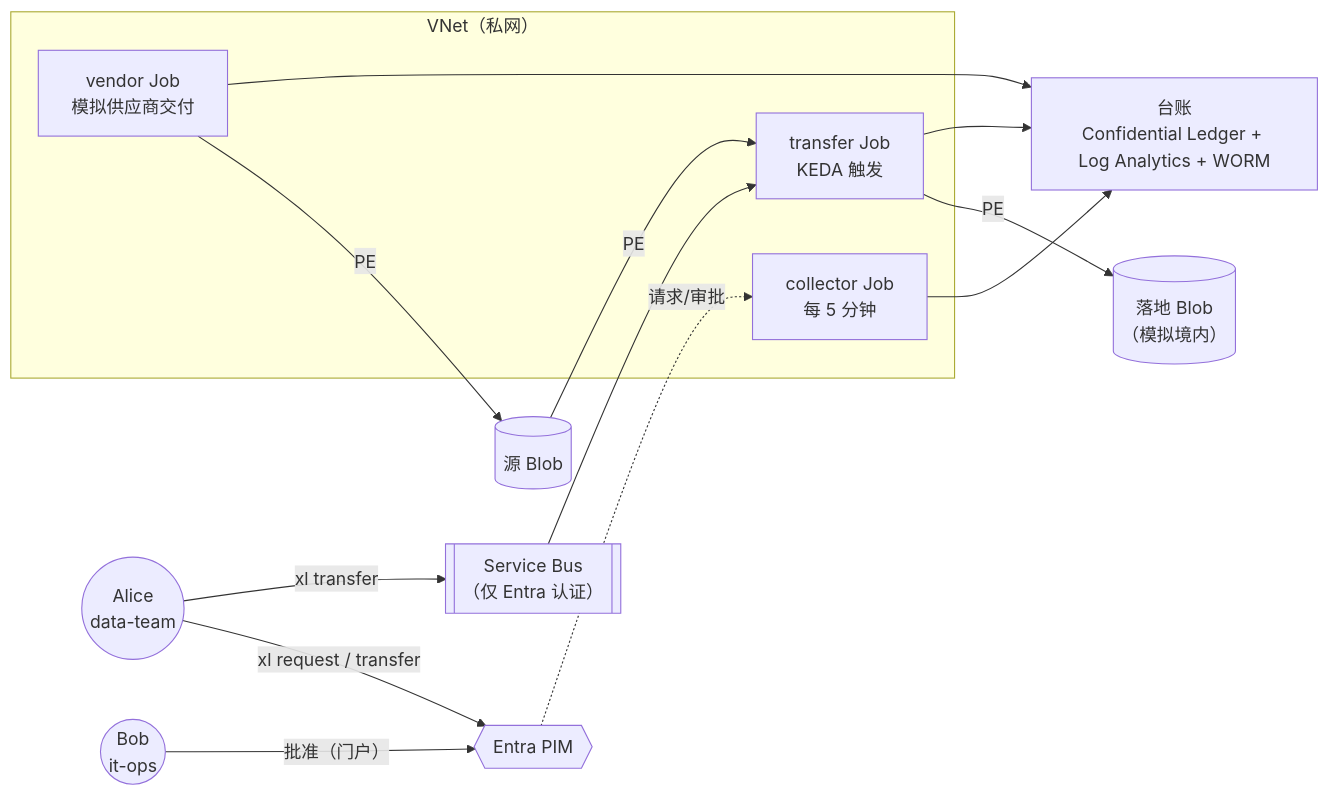
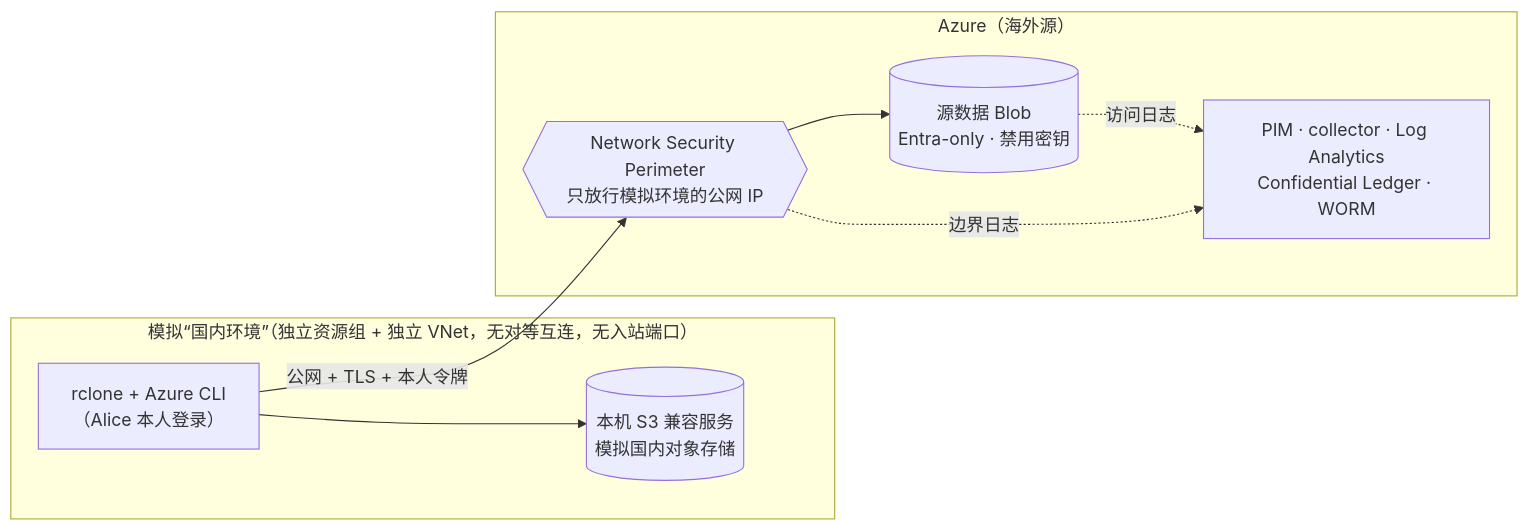
Before and after one commit to wukong121/cross-ledger: the diagram in docs/poc-report.md, drawn with Mermaid. The commit also changed other lines of this file and 73 other files, not shown here.

````diff
--- a/docs/poc-report.md
+++ b/docs/poc-report.md
@@ -45,16 +36,16 @@
 ```mermaid
 flowchart LR
-  A(("Alice<br/>data-team")) -- "xl request / transfer" --> PIM{{"Entra PIM"}}
-  B(("Bob<br/>it-ops")) -- "批准（门户）" --> PIM
-  A -- "xl transfer" --> SB[["Service Bus<br/>（仅 Entra 认证）"]]
-  subgraph VNET["VNet（私网）"]
-    JT["transfer Job<br/>KEDA 触发"]
-    JC["collector Job<br/>每 5 分钟"]
-    JV["vendor Job<br/>模拟供应商交付"]
+  subgraph SIM["模拟“国内环境”（独立资源组 + 独立 VNet，无对等互连，无入站端口）"]
+    DEV["rclone + Azure CLI<br/>（Alice 本人登录）"]
+    S3[("本机 S3 兼容服务<br/>模拟国内对象存储")]
   end
-  SB --> JT
-  JV -->|PE| SRC[("源 Blob")]
-  SRC -->|PE| JT -->|PE| LAND[("落地 Blob<br/>（模拟境内）")]
-  PIM -. 请求/审批 .-> JC
-  JT & JC & JV --> L["台账<br/>Confidential Ledger + Log Analytics + WORM"]
+  subgraph AZ["Azure（海外源）"]
+    NSP{{"Network Security Perimeter<br/>只放行模拟环境的公网 IP"}}
+    SRC[("源数据 Blob<br/>Entra-only · 禁用密钥")]
+    GOV["PIM · collector · Log Analytics<br/>Confidential Ledger · WORM"]
+  end
+  DEV -- "公网 + TLS + 本人令牌" --> NSP --> SRC
+  DEV --> S3
+  SRC -. "访问日志" .-> GOV
+  NSP -. "边界日志" .-> GOV
 ```
````
